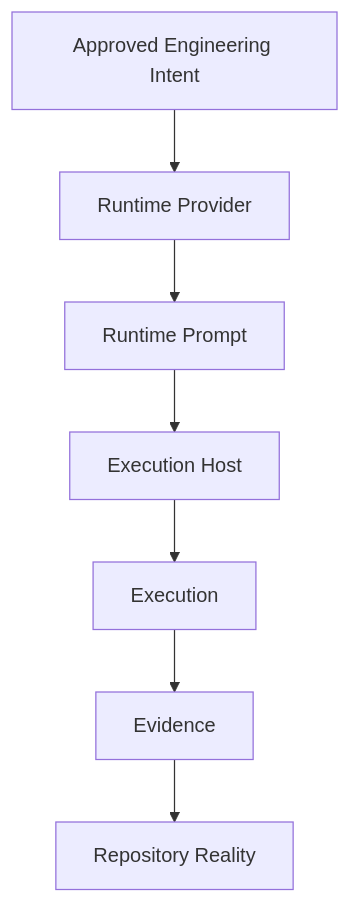
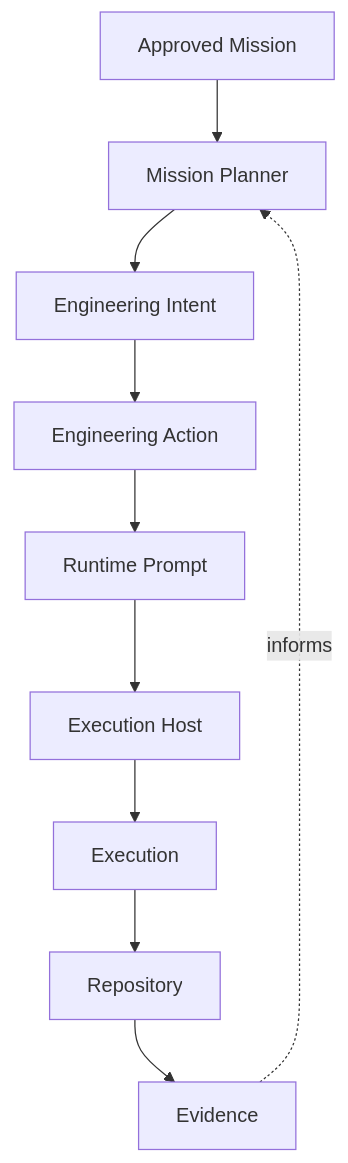
One commit to pcvantol/forge changed the third of 5 diagrams in knowledge/bootstrap/03_ARCHITECTURE.md. Above: the diagram before and after it, drawn with Mermaid. The commit also changed other lines of this file and 15 other files, not shown here.

Commit message:
docs: reconcile mission-driven engineering architecture

````diff
--- a/knowledge/bootstrap/03_ARCHITECTURE.md
+++ b/knowledge/bootstrap/03_ARCHITECTURE.md
@@ -239,9 +241,12 @@
 ```mermaid
 flowchart TD
-    EI[Approved Engineering Intent] --> RP[Runtime Provider]
-    RP --> RPr[Runtime Prompt]
+    M[Approved Mission] --> MP[Mission Planner]
+    MP --> EI[Engineering Intent]
+    EI --> AC[Engineering Action]
+    AC --> RPr[Runtime Prompt]
     RPr --> EH[Execution Host]
     EH --> EX[Execution]
-    EX --> EV[Evidence]
-    EV --> RR[Repository Reality]
+    EX --> RR[Repository]
+    RR --> EV[Evidence]
+    EV -. informs .-> MP
 ```
````
